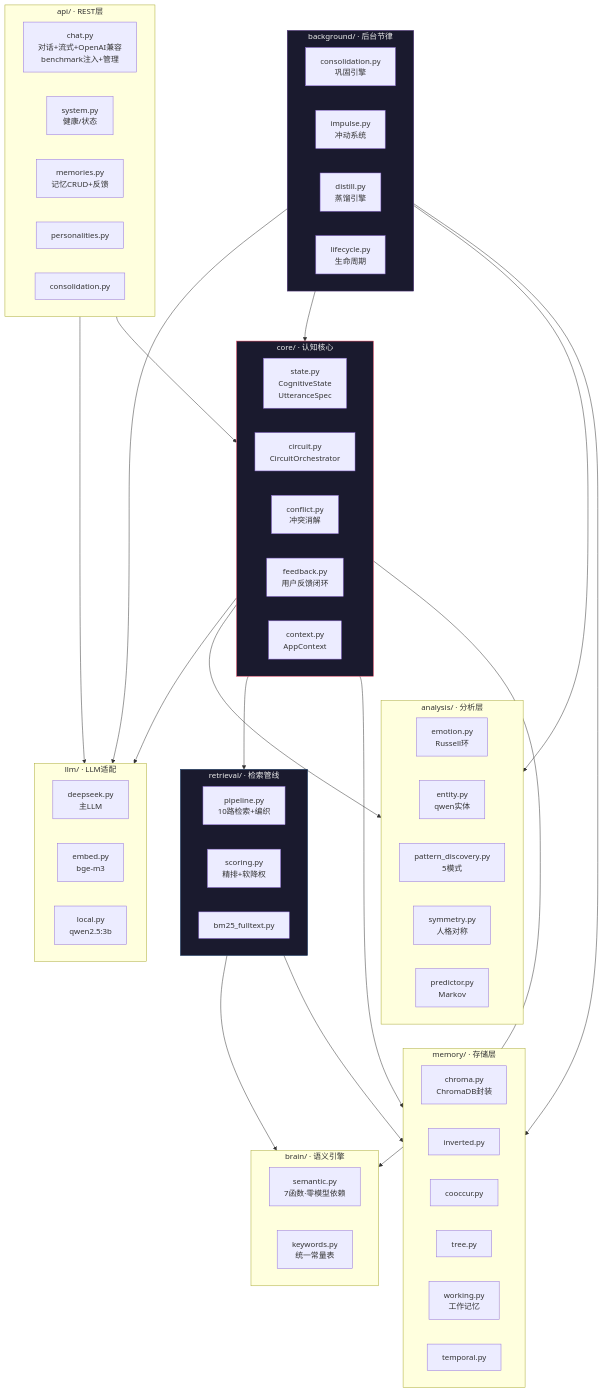
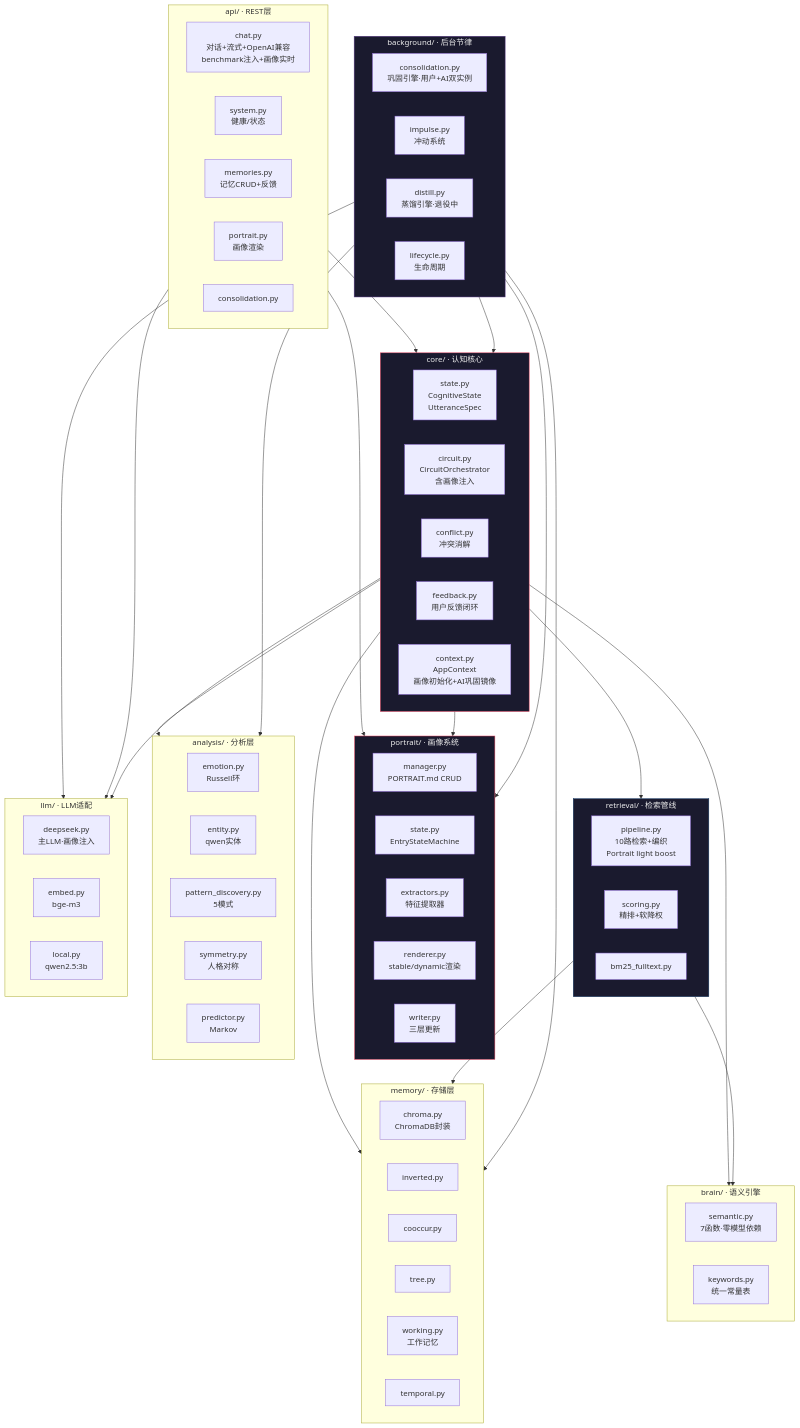
One commit to 834063245-creator/-First-beat.CH-MemorySystem changed the ninth of 11 diagrams in ARCHITECTURE_DIAGRAM.md. Above: the diagram before and after it, drawn with Mermaid. The commit also changed other lines of this file and 4 other files, not shown here.

First line of the commit message:
docs: 文档同步 v2.3 — 画像系统/AI巩固镜像/API清理

````diff
--- a/ARCHITECTURE_DIAGRAM.md
+++ b/ARCHITECTURE_DIAGRAM.md
@@ -330,24 +340,32 @@
 ```mermaid
 flowchart TB
     subgraph API["api/ · REST层"]
-        CHAT["chat.py<br/>对话+流式+OpenAI兼容<br/>benchmark注入+管理"]
+        CHAT["chat.py<br/>对话+流式+OpenAI兼容<br/>benchmark注入+画像实时"]
         SYS["system.py<br/>健康/状态"]
         MEM_API["memories.py<br/>记忆CRUD+反馈"]
-        PERS_API["personalities.py"]
+        PORT_API["portrait.py<br/>画像渲染"]
         CONS_API["consolidation.py"]
     end
 
     subgraph CORE["core/ · 认知核心"]
         STATE["state.py<br/>CognitiveState<br/>UtteranceSpec"]
-        CIRC["circuit.py<br/>CircuitOrchestrator"]
+        CIRC["circuit.py<br/>CircuitOrchestrator<br/>含画像注入"]
         CONFLICT["conflict.py<br/>冲突消解"]
         FEEDBACK["feedback.py<br/>用户反馈闭环"]
-        CTX["context.py<br/>AppContext"]
+        CTX["context.py<br/>AppContext<br/>画像初始化+AI巩固镜像"]
     end
 
     subgraph BRAIN["brain/ · 语义引擎"]
         SEM["semantic.py<br/>7函数·零模型依赖"]
         KW["keywords.py<br/>统一常量表"]
+    end
+
+    subgraph PORTRAIT["portrait/ · 画像系统"]
+        PRT_MGR["manager.py<br/>PORTRAIT.md CRUD"]
+        PRT_ST["state.py<br/>EntryStateMachine"]
+        PRT_EXT["extractors.py<br/>特征提取器"]
+        PRT_RND["renderer.py<br/>stable/dynamic渲染"]
+        PRT_WRT["writer.py<br/>三层更新"]
     end
 
     subgraph MEMORY["memory/ · 存储层"]
@@ -360,7 +378,7 @@
     end
 
     subgraph RETRIEVAL["retrieval/ · 检索管线"]
-        PIPE["pipeline.py<br/>10路检索+编织"]
+        PIPE["pipeline.py<br/>10路检索+编织<br/>Portrait light boost"]
         SCORE["scoring.py<br/>精排+软降权"]
         BM25["bm25_fulltext.py"]
     end
@@ -374,19 +392,21 @@
     end
 
     subgraph BACKGROUND["background/ · 后台节律"]
-        CONS_BG["consolidation.py<br/>巩固引擎"]
+        CONS_BG["consolidation.py<br/>巩固引擎·用户+AI双实例"]
         IMP_BG["impulse.py<br/>冲动系统"]
-        DIST_BG["distill.py<br/>蒸馏引擎"]
+        DIST_BG["distill.py<br/>蒸馏引擎·退役中"]
         LIFE_BG["lifecycle.py<br/>生命周期"]
     end
 
     subgraph LLM["llm/ · LLM适配"]
-        DS["deepseek.py<br/>主LLM"]
+        DS["deepseek.py<br/>主LLM·画像注入"]
         EMB["embed.py<br/>bge-m3"]
         LOCAL["local.py<br/>qwen2.5:3b"]
     end
 
     API --> CORE
+    API --> PORTRAIT
+    CORE --> PORTRAIT
     CORE --> BRAIN
     CORE --> MEMORY
     CORE --> RETRIEVAL
@@ -396,6 +416,7 @@
     BACKGROUND --> MEMORY
     BACKGROUND --> ANALYSIS
     BACKGROUND --> CORE
+    BACKGROUND --> PORTRAIT
     BACKGROUND --> LLM
     API --> LLM
     CORE --> LLM
@@ -403,4 +424,5 @@
     style CORE fill:#1a1a2e,stroke:#e94560,color:#eee
     style RETRIEVAL fill:#1a1a2e,stroke:#0f3460,color:#eee
     style BACKGROUND fill:#1a1a2e,stroke:#533483,color:#eee
+    style PORTRAIT fill:#1a1a2e,stroke:#e94560,color:#eee
 ```
````
